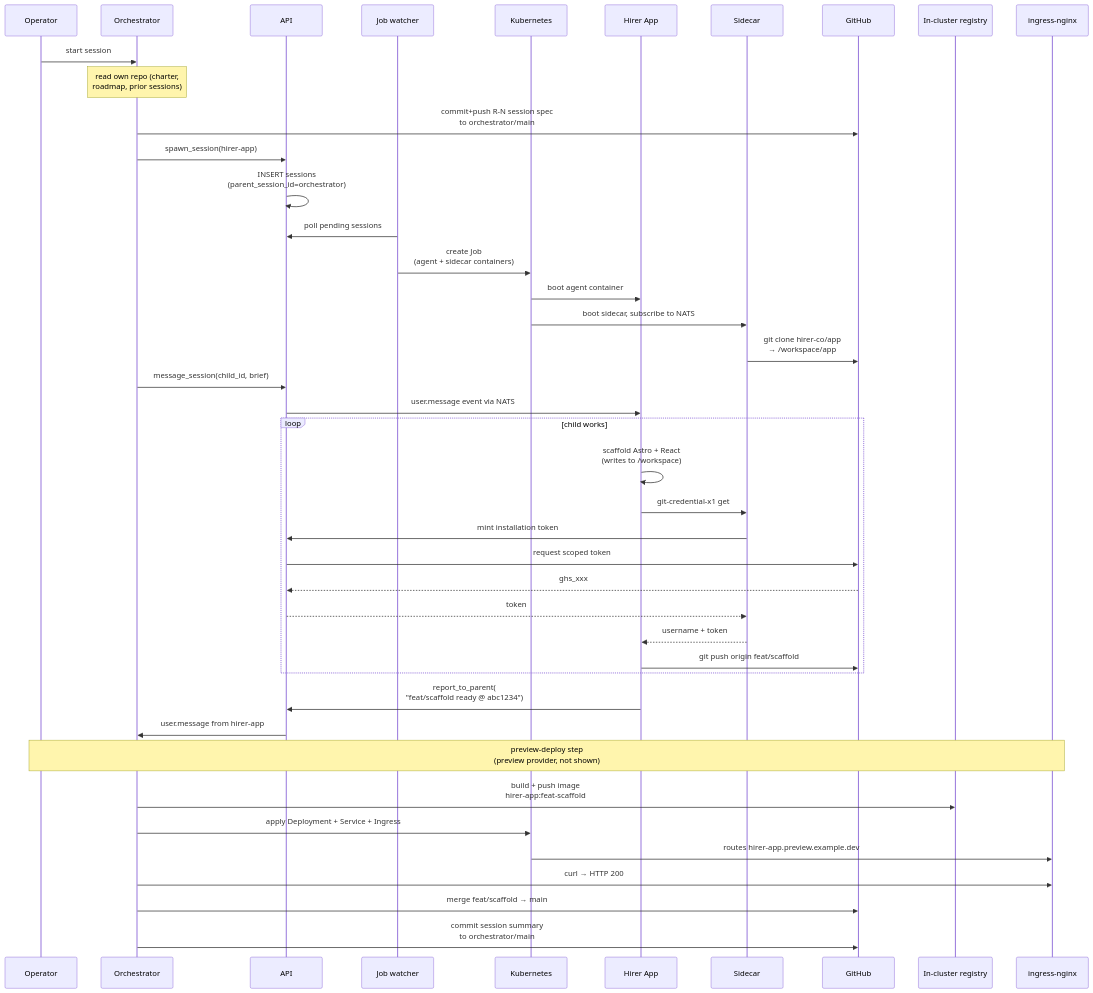
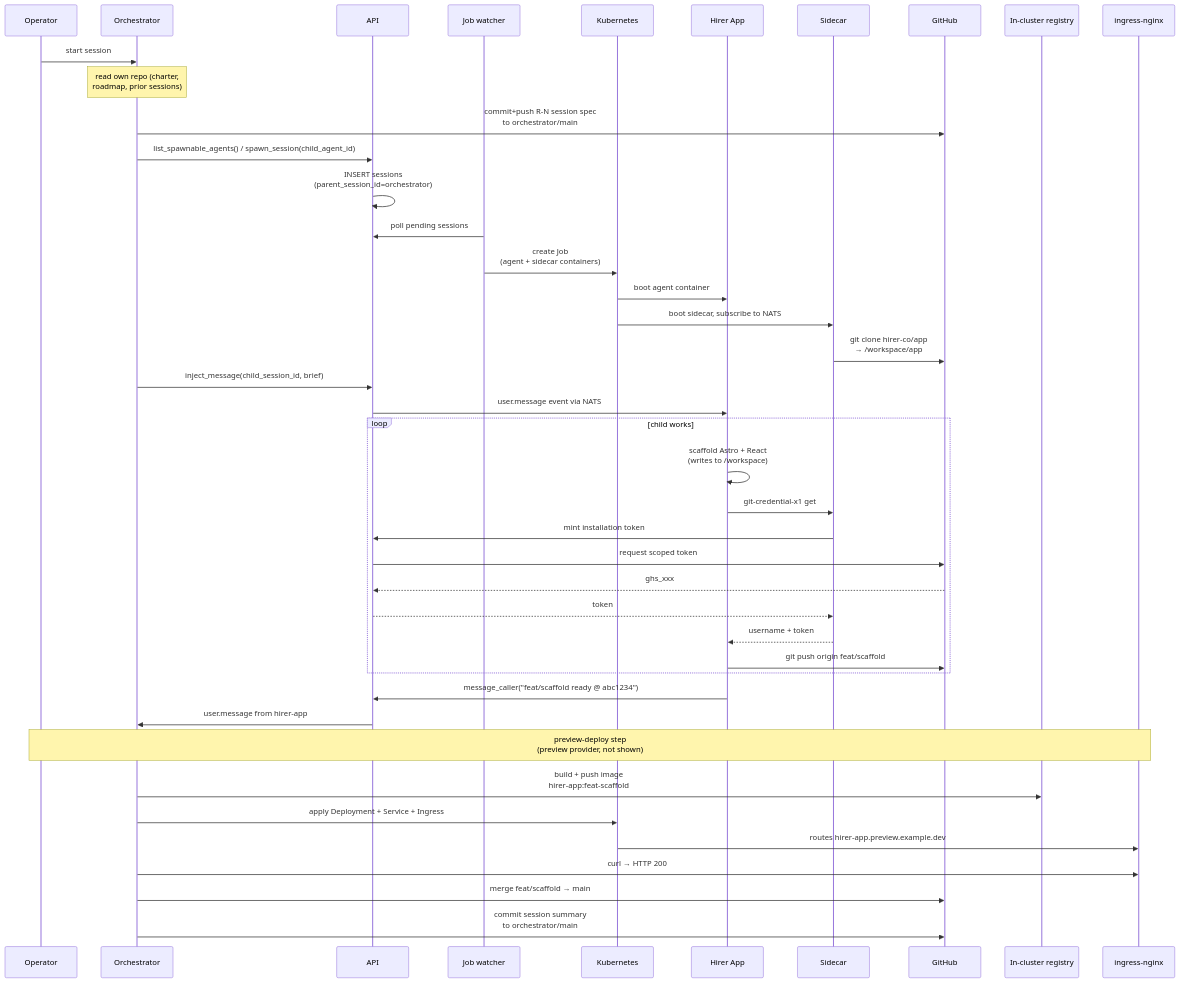
One commit to x1agent/x1agent changed the diagram in docs/src/content/docs/architecture/end-to-end-example.md. Above: the diagram before and after it, drawn with Mermaid. The commit also changed other lines of this file and 40 other files, not shown here.

````diff
--- a/docs/src/content/docs/architecture/end-to-end-example.md
+++ b/docs/src/content/docs/architecture/end-to-end-example.md
@@ -28,45 +28,45 @@
 ```mermaid
 sequenceDiagram
     participant U as Operator
     participant O as Orchestrator
     participant API as API
     participant JW as Job watcher
     participant K as Kubernetes
     participant H as Hirer App
     participant S as Sidecar
     participant GH as GitHub
     participant R as In-cluster registry
     participant IN as ingress-nginx
 
     U->>O: start session
     Note over O: read own repo (charter,<br/>roadmap, prior sessions)
     O->>GH: commit+push R-N session spec<br/>to orchestrator/main
-    O->>API: spawn_session(hirer-app)
+    O->>API: list_spawnable_agents() / spawn_session(child_agent_id)
     API->>API: INSERT sessions<br/>(parent_session_id=orchestrator)
     JW->>API: poll pending sessions
     JW->>K: create Job<br/>(agent + sidecar containers)
     K->>H: boot agent container
     K->>S: boot sidecar, subscribe to NATS
     S->>GH: git clone hirer-co/app<br/>→ /workspace/app
-    O->>API: message_session(child_id, brief)
+    O->>API: inject_message(child_session_id, brief)
     API->>H: user.message event via NATS
     loop child works
         H->>H: scaffold Astro + React<br/>(writes to /workspace)
         H->>S: git-credential-x1 get
         S->>API: mint installation token
         API->>GH: request scoped token
         GH-->>API: ghs_xxx
         API-->>S: token
         S-->>H: username + token
         H->>GH: git push origin feat/scaffold
     end
-    H->>API: report_to_parent(<br/>"feat/scaffold ready @ abc1234")
+    H->>API: message_caller("feat/scaffold ready @ abc1234")
     API->>O: user.message from hirer-app
     Note over U,IN: preview-deploy step<br/>(preview provider, not shown)
     O->>R: build + push image<br/>hirer-app:feat-scaffold
     O->>K: apply Deployment + Service + Ingress
     K->>IN: routes hirer-app.preview.example.dev
     O->>IN: curl → HTTP 200
     O->>GH: merge feat/scaffold → main
     O->>GH: commit session summary<br/>to orchestrator/main
 ```
````
